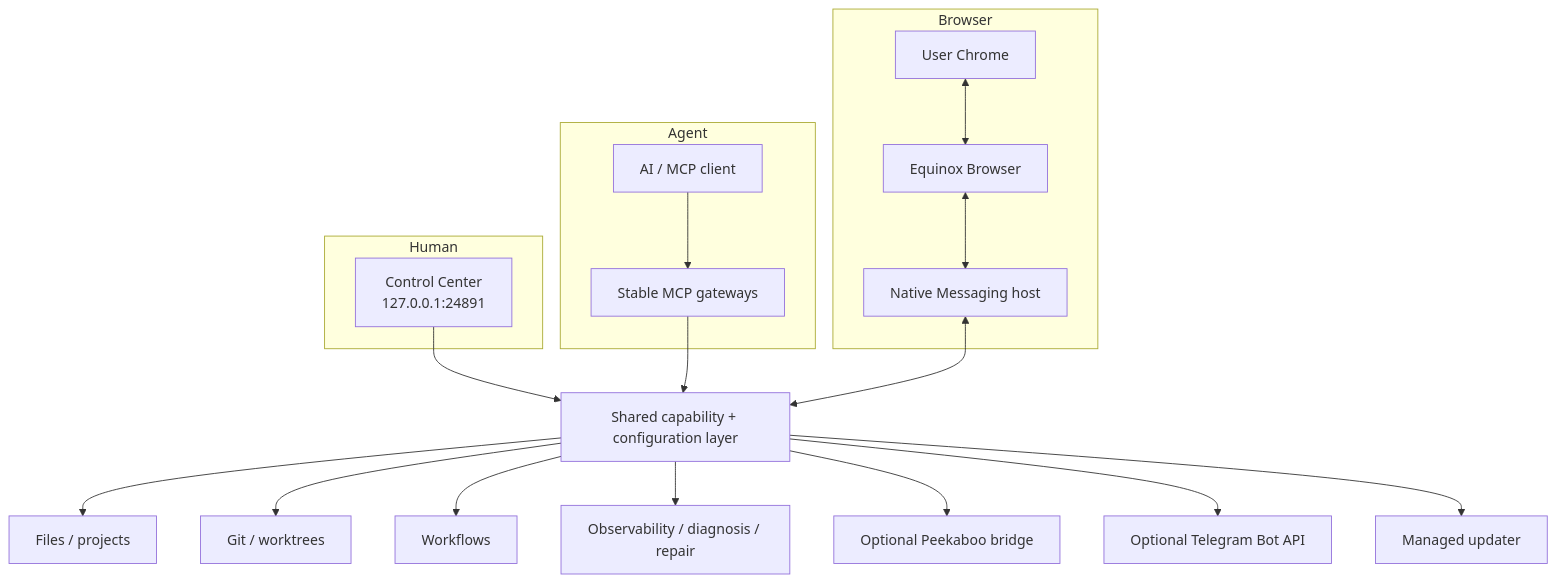
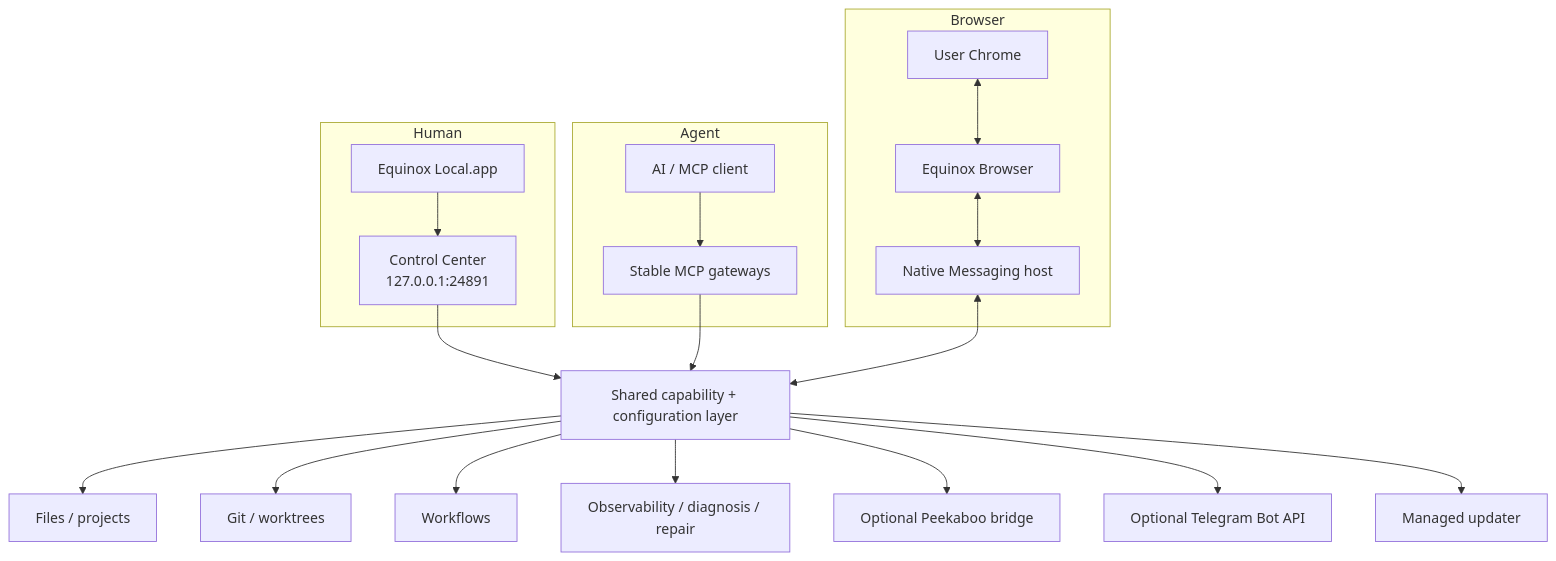
The diagram in docs/architecture.md (sametbasbug/equinox-local), drawn with Mermaid before and after one commit. The commit also changed other lines of this file and 35 other files, not shown here.

Commit message:
Release Equinox Local 4.3.0 (#13)

````diff
--- a/docs/architecture.md
+++ b/docs/architecture.md
@@ -7,31 +7,33 @@
 ```mermaid
 flowchart TB
     subgraph Human
+      APP[Equinox Local.app]
       CC[Control Center\n127.0.0.1:24891]
+      APP --> CC
     end
 
     subgraph Agent
       CLIENT[AI / MCP client]
       GW[Stable MCP gateways]
     end
 
     CC --> CORE[Shared capability + configuration layer]
     CLIENT --> GW --> CORE
 
     CORE --> FILES[Files / projects]
     CORE --> GIT[Git / worktrees]
     CORE --> WF[Workflows]
     CORE --> OBS[Observability / diagnosis / repair]
     CORE --> DESKTOP[Optional Peekaboo bridge]
     CORE --> TELEGRAM[Optional Telegram Bot API]
 
     subgraph Browser
       CHROME[User Chrome]
       EXT[Equinox Browser]
       HOST[Native Messaging host]
       CHROME <--> EXT <--> HOST
     end
 
     HOST <--> CORE
     CORE --> UPDATER[Managed updater]
 ```
````
